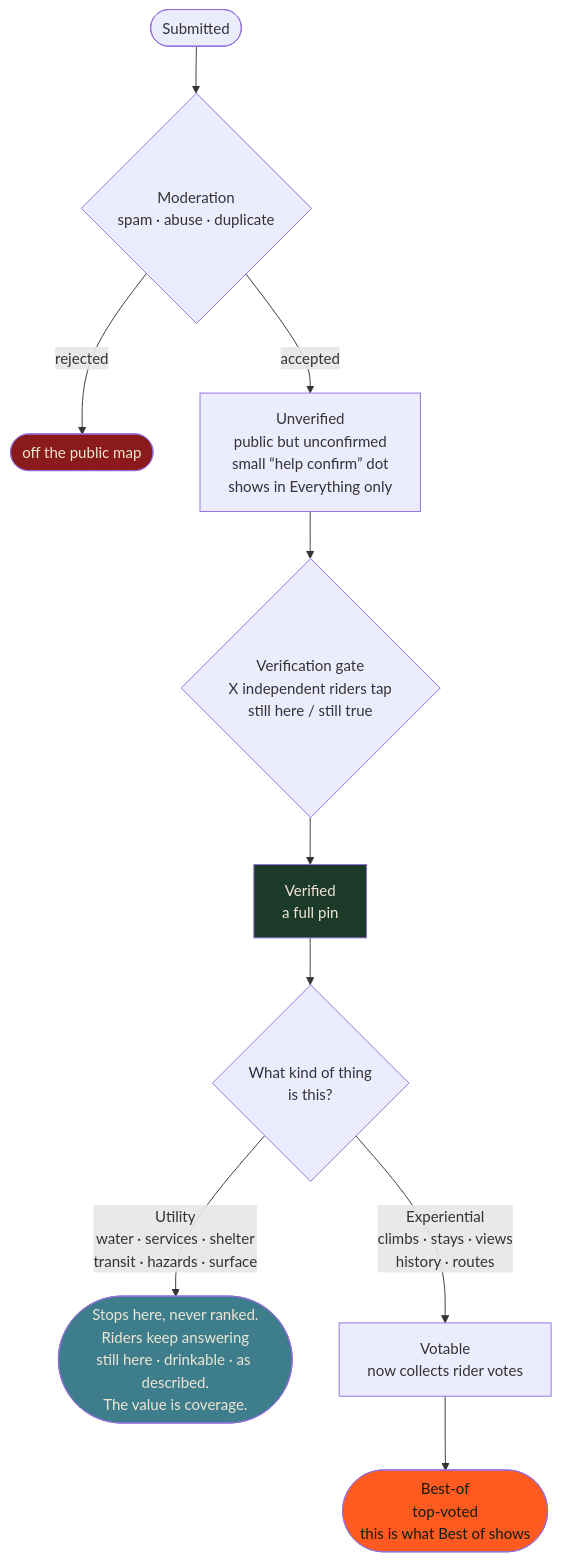
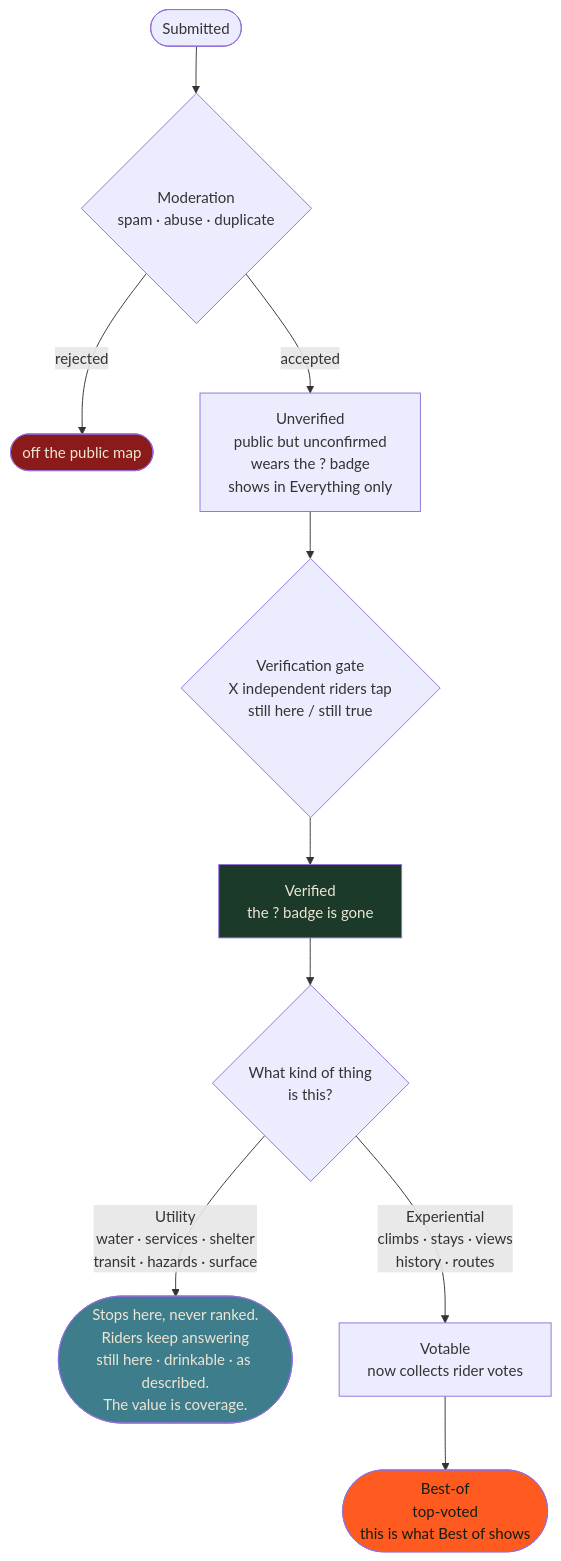
Before and after one commit to cycling-commons/cycling-commons: the third of 8 diagrams in wiki/data-priority.md, drawn with Mermaid. The commit also changed other lines of this file and 30 other files, not shown here.

````diff
--- a/wiki/data-priority.md
+++ b/wiki/data-priority.md
@@ -133,20 +133,20 @@
 ```mermaid
 flowchart TD
     S(["Submitted"]) --> MOD{"Moderation<br/>spam · abuse · duplicate"}
     MOD -->|rejected| OUT(["off the public map"])
-    MOD -->|accepted| U["Unverified<br/>public but unconfirmed<br/>small “help confirm” dot<br/>shows in Everything only"]
+    MOD -->|accepted| U["Unverified<br/>public but unconfirmed<br/>wears the ? badge<br/>shows in Everything only"]
 
     U --> GATE{"Verification gate<br/>X independent riders tap<br/>still here / still true"}
-    GATE --> V["Verified<br/>a full pin"]
+    GATE --> V["Verified<br/>the ? badge is gone"]
 
     V --> SPLIT{"What kind of thing<br/>is this?"}
     SPLIT -->|"Utility<br/>water · services · shelter<br/>transit · hazards · surface"| STOP(["Stops here, never ranked.<br/>Riders keep answering<br/>still here · drinkable · as described.<br/>The value is coverage."])
     SPLIT -->|"Experiential<br/>climbs · stays · views<br/>history · routes"| VOTABLE["Votable<br/>now collects rider votes"]
 
     VOTABLE --> BEST(["Best-of<br/>top-voted<br/>this is what Best of shows"])
 
     style OUT fill:#8b1a1a,color:#EFE6D4
     style STOP fill:#3E7D8C,color:#EFE6D4
     style BEST fill:#FF5A1F,color:#101E16
     style V fill:#1C3A2A,color:#EFE6D4
 ```
````
